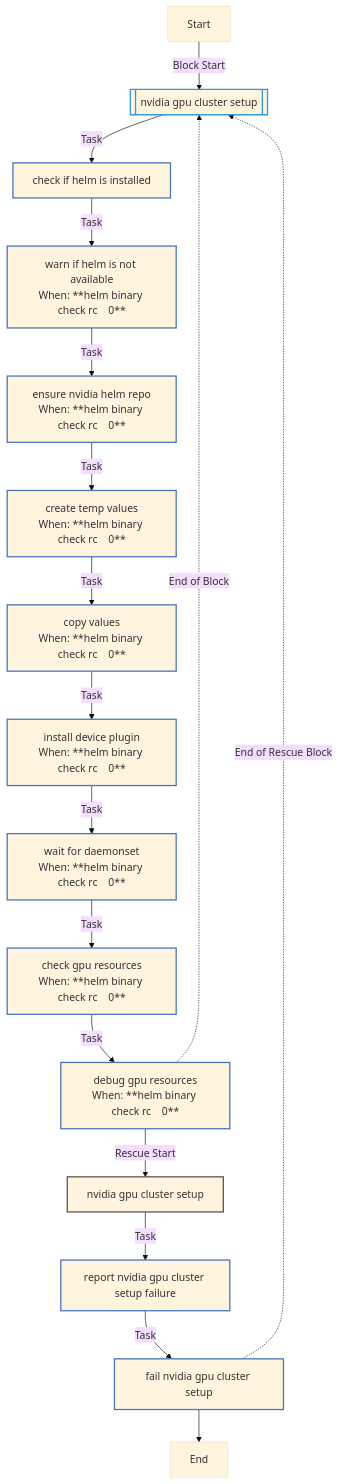
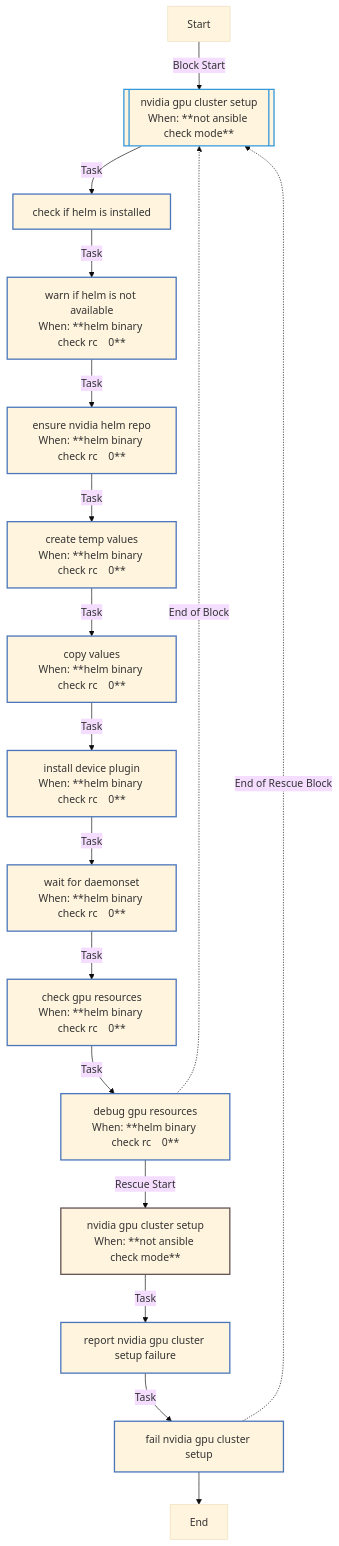
Before and after one commit to rou-cru/k3s-homelab: the first of 3 diagrams in roles/nvidia_gpu/README.md, drawn with Mermaid (base theme). The commit also changed other lines of this file and 57 other files, not shown here.

````diff
--- a/roles/nvidia_gpu/README.md
+++ b/roles/nvidia_gpu/README.md
@@ -266,29 +269,29 @@
 ```mermaid
 flowchart TD
 Start
 classDef block stroke:#3498db,stroke-width:2px;
 classDef task stroke:#4b76bb,stroke-width:2px;
 classDef includeTasks stroke:#16a085,stroke-width:2px;
 classDef importTasks stroke:#34495e,stroke-width:2px;
 classDef includeRole stroke:#2980b9,stroke-width:2px;
 classDef importRole stroke:#699ba7,stroke-width:2px;
 classDef includeVars stroke:#8e44ad,stroke-width:2px;
 classDef rescue stroke:#665352,stroke-width:2px;
 
-  Start-->|Block Start| NVIDIA_GPU_cluster_setup0_block_start_0[[nvidia gpu cluster setup]]:::block
+  Start-->|Block Start| NVIDIA_GPU_cluster_setup0_block_start_0[[nvidia gpu cluster setup<br>When: **not ansible check mode**]]:::block
   NVIDIA_GPU_cluster_setup0_block_start_0-->|Task| Check_if_Helm_is_installed0[check if helm is installed]:::task
   Check_if_Helm_is_installed0-->|Task| Warn_if_Helm_is_not_available1[warn if helm is not available<br>When: **helm binary check rc    0**]:::task
   Warn_if_Helm_is_not_available1-->|Task| Ensure_NVIDIA_Helm_repo2[ensure nvidia helm repo<br>When: **helm binary check rc    0**]:::task
   Ensure_NVIDIA_Helm_repo2-->|Task| Create_temp_values3[create temp values<br>When: **helm binary check rc    0**]:::task
   Create_temp_values3-->|Task| Copy_values4[copy values<br>When: **helm binary check rc    0**]:::task
   Copy_values4-->|Task| Install_device_plugin5[install device plugin<br>When: **helm binary check rc    0**]:::task
   Install_device_plugin5-->|Task| Wait_for_daemonset6[wait for daemonset<br>When: **helm binary check rc    0**]:::task
   Wait_for_daemonset6-->|Task| Check_GPU_resources7[check gpu resources<br>When: **helm binary check rc    0**]:::task
   Check_GPU_resources7-->|Task| Debug_GPU_resources8[debug gpu resources<br>When: **helm binary check rc    0**]:::task
   Debug_GPU_resources8-.->|End of Block| NVIDIA_GPU_cluster_setup0_block_start_0
-  Debug_GPU_resources8-->|Rescue Start| NVIDIA_GPU_cluster_setup0_rescue_start_0[nvidia gpu cluster setup]:::rescue
+  Debug_GPU_resources8-->|Rescue Start| NVIDIA_GPU_cluster_setup0_rescue_start_0[nvidia gpu cluster setup<br>When: **not ansible check mode**]:::rescue
   NVIDIA_GPU_cluster_setup0_rescue_start_0-->|Task| Report_NVIDIA_GPU_cluster_setup_failure0[report nvidia gpu cluster setup failure]:::task
   Report_NVIDIA_GPU_cluster_setup_failure0-->|Task| Fail_NVIDIA_GPU_cluster_setup1[fail nvidia gpu cluster setup]:::task
   Fail_NVIDIA_GPU_cluster_setup1-.->|End of Rescue Block| NVIDIA_GPU_cluster_setup0_block_start_0
   Fail_NVIDIA_GPU_cluster_setup1-->End
 ```
````
